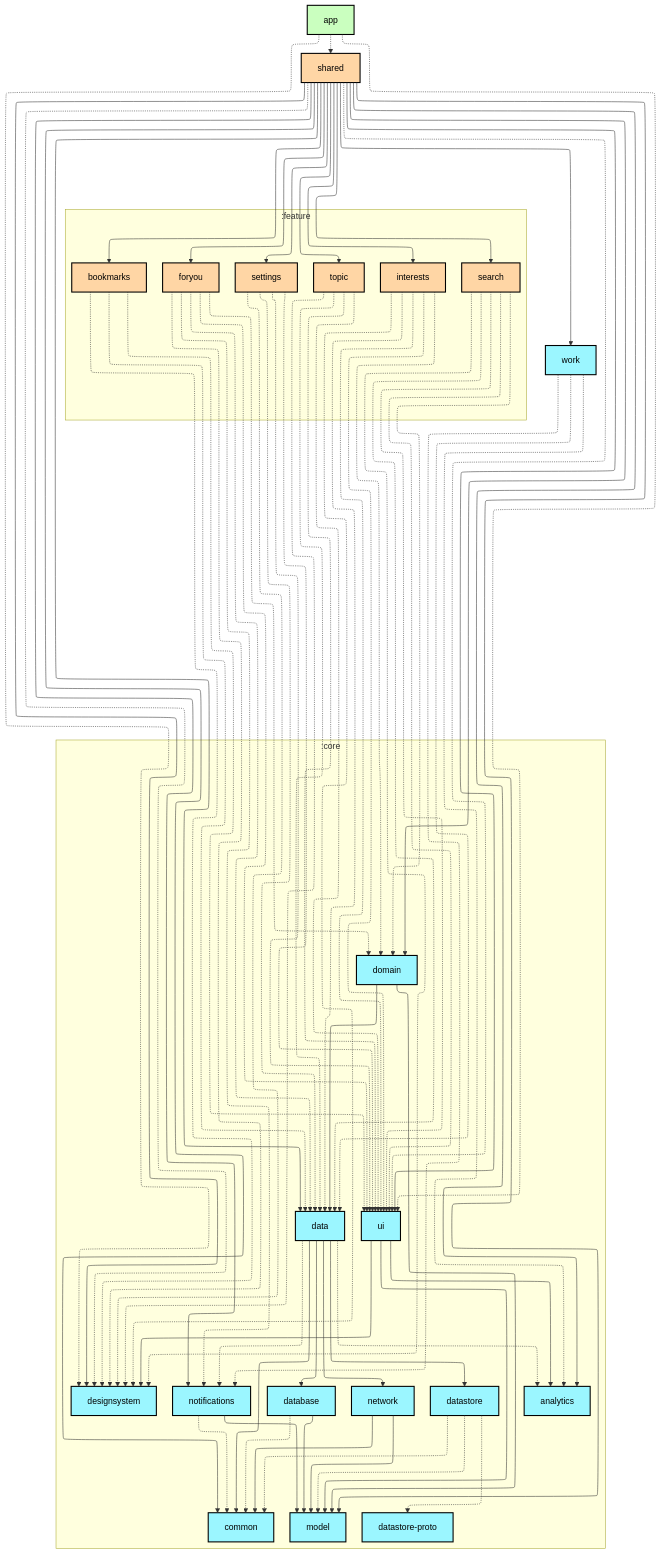
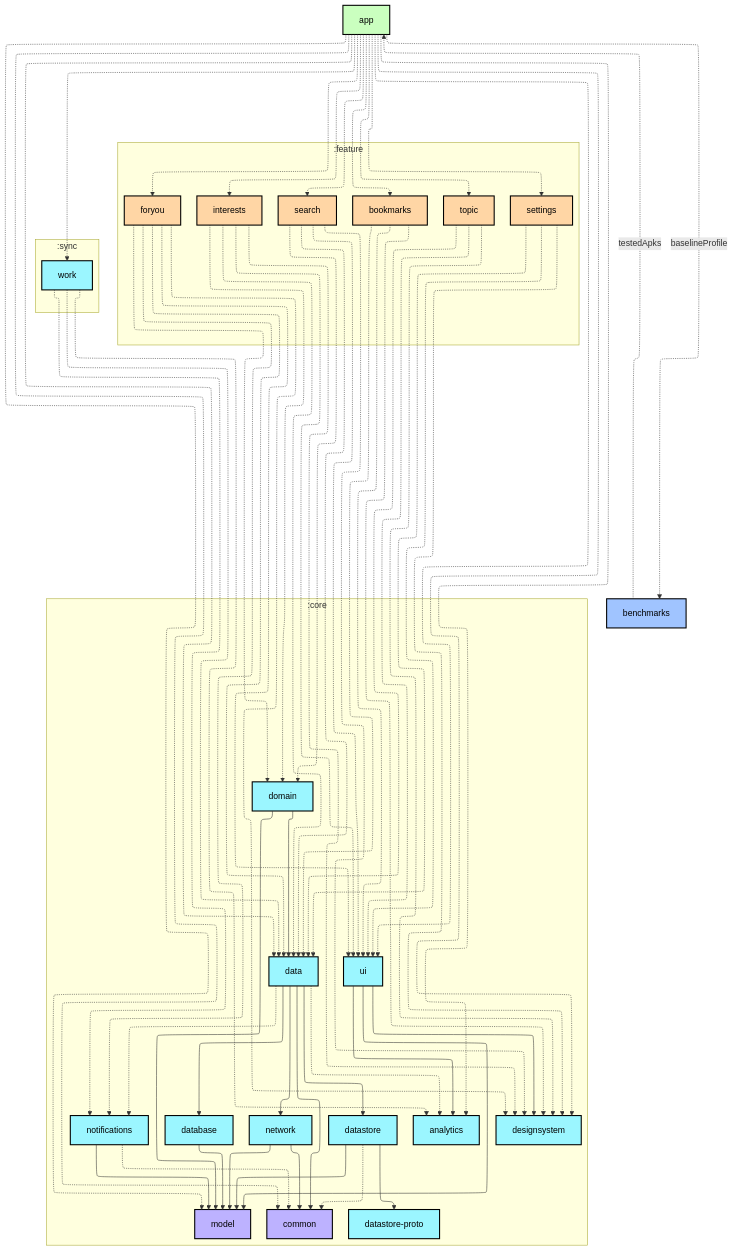
One commit to lihenggui/nowinkmp changed the first of 2 diagrams in app/README.md. Above: the diagram before and after it, drawn with Mermaid. The commit also changed other lines of this file and 26 other files, not shown here.

First line of the commit message:
Revert "Updates module graphs"

````diff
--- a/app/README.md
+++ b/app/README.md
@@ -13,46 +13,60 @@
 graph TB
   subgraph :core
     direction TB
-    :core:analytics[analytics]:::kmp-library
-    :core:common[common]:::kmp-library
-    :core:data[data]:::kmp-library
-    :core:database[database]:::kmp-library
-    :core:datastore[datastore]:::kmp-library
-    :core:datastore-proto[datastore-proto]:::kmp-library
-    :core:designsystem[designsystem]:::kmp-library
-    :core:domain[domain]:::kmp-library
-    :core:model[model]:::kmp-library
-    :core:network[network]:::kmp-library
-    :core:notifications[notifications]:::kmp-library
-    :core:ui[ui]:::kmp-library
+    :core:analytics[analytics]:::android-library
+    :core:common[common]:::jvm-library
+    :core:data[data]:::android-library
+    :core:database[database]:::android-library
+    :core:datastore[datastore]:::android-library
+    :core:datastore-proto[datastore-proto]:::android-library
+    :core:designsystem[designsystem]:::android-library
+    :core:domain[domain]:::android-library
+    :core:model[model]:::jvm-library
+    :core:network[network]:::android-library
+    :core:notifications[notifications]:::android-library
+    :core:ui[ui]:::android-library
   end
   subgraph :feature
     direction TB
-    :feature:bookmarks[bookmarks]:::cmp-feature
-    :feature:foryou[foryou]:::cmp-feature
-    :feature:interests[interests]:::cmp-feature
-    :feature:search[search]:::cmp-feature
-    :feature:settings[settings]:::cmp-feature
-    :feature:topic[topic]:::cmp-feature
+    :feature:bookmarks[bookmarks]:::android-feature
+    :feature:foryou[foryou]:::android-feature
+    :feature:interests[interests]:::android-feature
+    :feature:search[search]:::android-feature
+    :feature:settings[settings]:::android-feature
+    :feature:topic[topic]:::android-feature
   end
-  :sync:work[work]:::kmp-library
-  :app[app]:::cmp-application
-  :shared[shared]:::cmp-feature
+  subgraph :sync
+    direction TB
+    :sync:work[work]:::android-library
+  end
+  :benchmarks[benchmarks]:::android-test
+  :app[app]:::android-application
 
+  :app -.->|baselineProfile| :benchmarks
+  :app -.-> :core:analytics
+  :app -.-> :core:common
+  :app -.-> :core:data
   :app -.-> :core:designsystem
+  :app -.-> :core:model
   :app -.-> :core:ui
-  :app -.-> :shared
+  :app -.-> :feature:bookmarks
+  :app -.-> :feature:foryou
+  :app -.-> :feature:interests
+  :app -.-> :feature:search
+  :app -.-> :feature:settings
+  :app -.-> :feature:topic
+  :app -.-> :sync:work
+  :benchmarks -.->|testedApks| :app
   :core:data -.-> :core:analytics
   :core:data --> :core:common
   :core:data --> :core:database
   :core:data --> :core:datastore
   :core:data --> :core:network
   :core:data -.-> :core:notifications
-  :core:database -.-> :core:common
   :core:database --> :core:model
   :core:datastore -.-> :core:common
-  :core:datastore -.-> :core:datastore-proto
-  :core:datastore -.-> :core:model
+  :core:datastore --> :core:datastore-proto
+  :core:datastore --> :core:model
   :core:domain --> :core:data
   :core:domain --> :core:model
   :core:network --> :core:common
@@ -74,45 +88,24 @@
   :feature:interests -.-> :core:designsystem
   :feature:interests -.-> :core:domain
   :feature:interests -.-> :core:ui
-  :feature:interests -.-> :core:ui
   :feature:search -.-> :core:data
   :feature:search -.-> :core:designsystem
   :feature:search -.-> :core:domain
   :feature:search -.-> :core:ui
-  :feature:search -.-> :core:ui
   :feature:settings -.-> :core:data
   :feature:settings -.-> :core:designsystem
-  :feature:settings -.-> :core:ui
   :feature:settings -.-> :core:ui
   :feature:topic -.-> :core:data
   :feature:topic -.-> :core:designsystem
   :feature:topic -.-> :core:ui
-  :feature:topic -.-> :core:ui
-  :shared --> :core:analytics
-  :shared --> :core:common
-  :shared --> :core:data
-  :shared --> :core:designsystem
-  :shared -.-> :core:designsystem
-  :shared --> :core:domain
-  :shared --> :core:model
-  :shared --> :core:notifications
-  :shared --> :core:ui
-  :shared -.-> :core:ui
-  :shared --> :feature:bookmarks
-  :shared --> :feature:foryou
-  :shared --> :feature:interests
-  :shared --> :feature:search
-  :shared --> :feature:settings
-  :shared --> :feature:topic
-  :shared --> :sync:work
   :sync:work -.-> :core:analytics
   :sync:work -.-> :core:data
   :sync:work -.-> :core:notifications
 
-classDef cmp-application fill:#CAFFBF,stroke:#000,stroke-width:2px,color:#000;
-classDef cmp-feature fill:#FFD6A5,stroke:#000,stroke-width:2px,color:#000;
-classDef kmp-library fill:#9BF6FF,stroke:#000,stroke-width:2px,color:#000;
+classDef android-application fill:#CAFFBF,stroke:#000,stroke-width:2px,color:#000;
+classDef android-feature fill:#FFD6A5,stroke:#000,stroke-width:2px,color:#000;
+classDef android-library fill:#9BF6FF,stroke:#000,stroke-width:2px,color:#000;
+classDef android-test fill:#A0C4FF,stroke:#000,stroke-width:2px,color:#000;
 classDef jvm-library fill:#BDB2FF,stroke:#000,stroke-width:2px,color:#000;
-classDef android-test fill:#A0C4FF,stroke:#000,stroke-width:2px,color:#000;
 classDef unknown fill:#FFADAD,stroke:#000,stroke-width:2px,color:#000;
 ```
````
